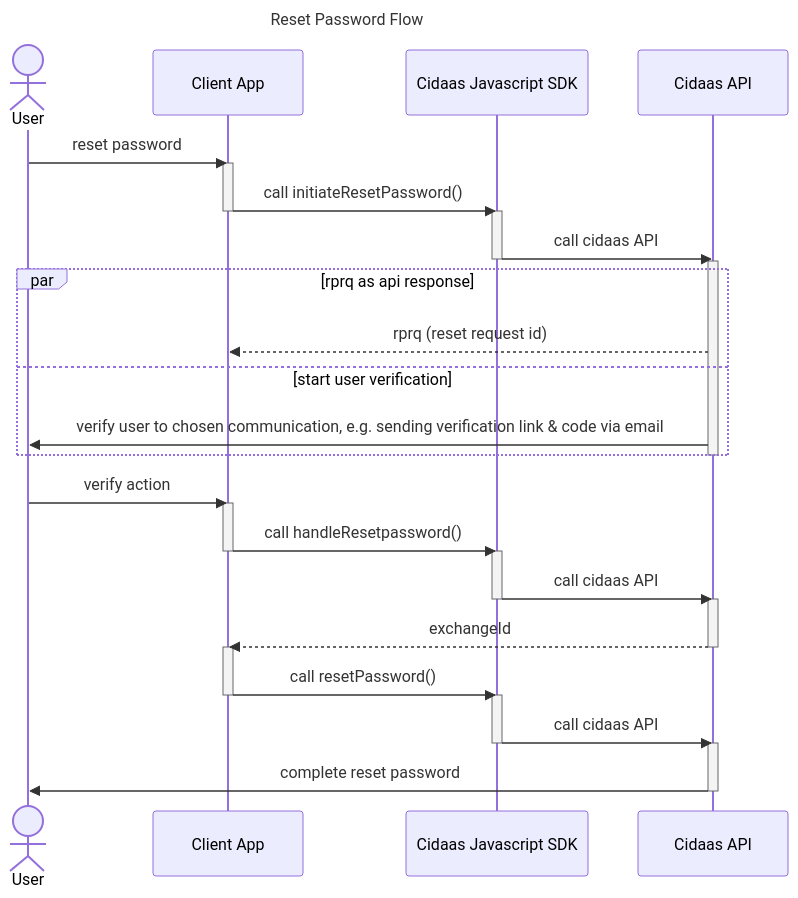
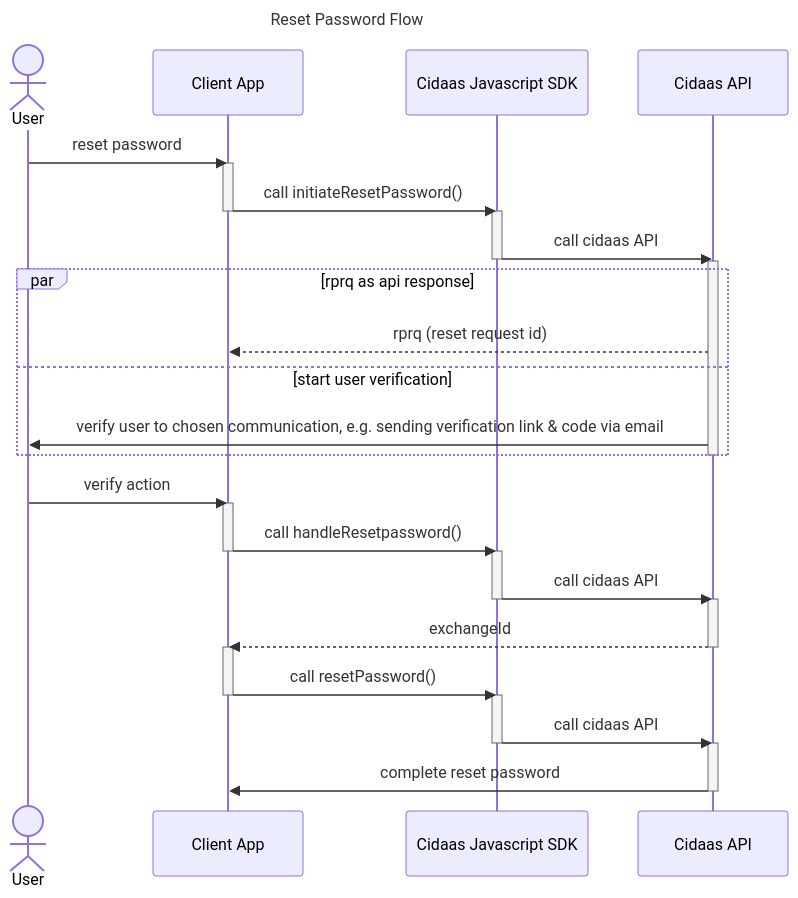
One commit to cidaas/cidaas-javascript-sdk changed the fifth of 6 diagrams in overview/user-management.md. Above: the diagram before and after it, drawn with Mermaid. The commit also changed other lines of this file and 6 other files, not shown here.

````diff
--- a/overview/user-management.md
+++ b/overview/user-management.md
@@ -162,55 +162,55 @@
 ```mermaid
 ---
 title: Reset Password Flow
 ---
 sequenceDiagram
   Actor User
   participant ClientApp as Client App
   participant CidaasSDK as Cidaas Javascript SDK
   participant CidaasAPI as Cidaas API
 
 User ->> ClientApp: reset password
 
 activate ClientApp
 ClientApp ->> CidaasSDK: call initiateResetPassword()
 deactivate ClientApp
 
 activate CidaasSDK
 CidaasSDK ->> CidaasAPI: call cidaas API
 deactivate CidaasSDK
 
 activate CidaasAPI
 par rprq as api response
     CidaasAPI -->> ClientApp: rprq (reset request id)
 and start user verification
     CidaasAPI ->> User: verify user to chosen communication, e.g. sending verification link & code via email
 end
 deactivate CidaasAPI
 
 User ->> ClientApp: verify action
 
 activate ClientApp
 ClientApp ->> CidaasSDK: call handleResetpassword()
 deactivate ClientApp
 
 activate CidaasSDK
 CidaasSDK ->> CidaasAPI: call cidaas API
 deactivate CidaasSDK
 
 activate CidaasAPI
 CidaasAPI -->> ClientApp: exchangeId
 deactivate CidaasAPI
 
 activate ClientApp
 ClientApp ->> CidaasSDK: call resetPassword()
 deactivate ClientApp
 
 activate CidaasSDK
 CidaasSDK ->> CidaasAPI: call cidaas API
 deactivate CidaasSDK
 
 activate CidaasAPI
-CidaasAPI ->> User: complete reset password
+CidaasAPI ->> ClientApp: complete reset password
 deactivate CidaasAPI
 
 ```
````
